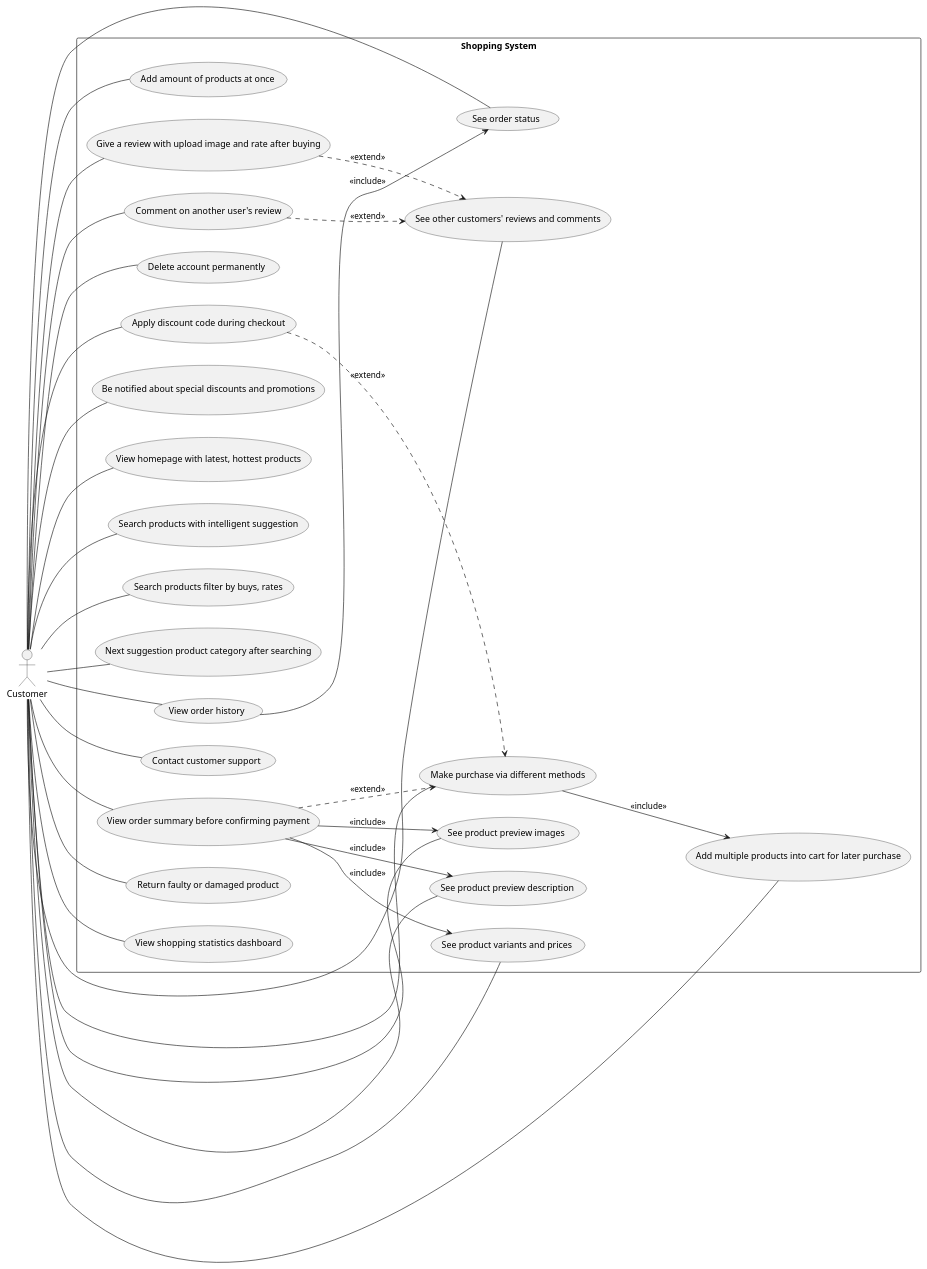
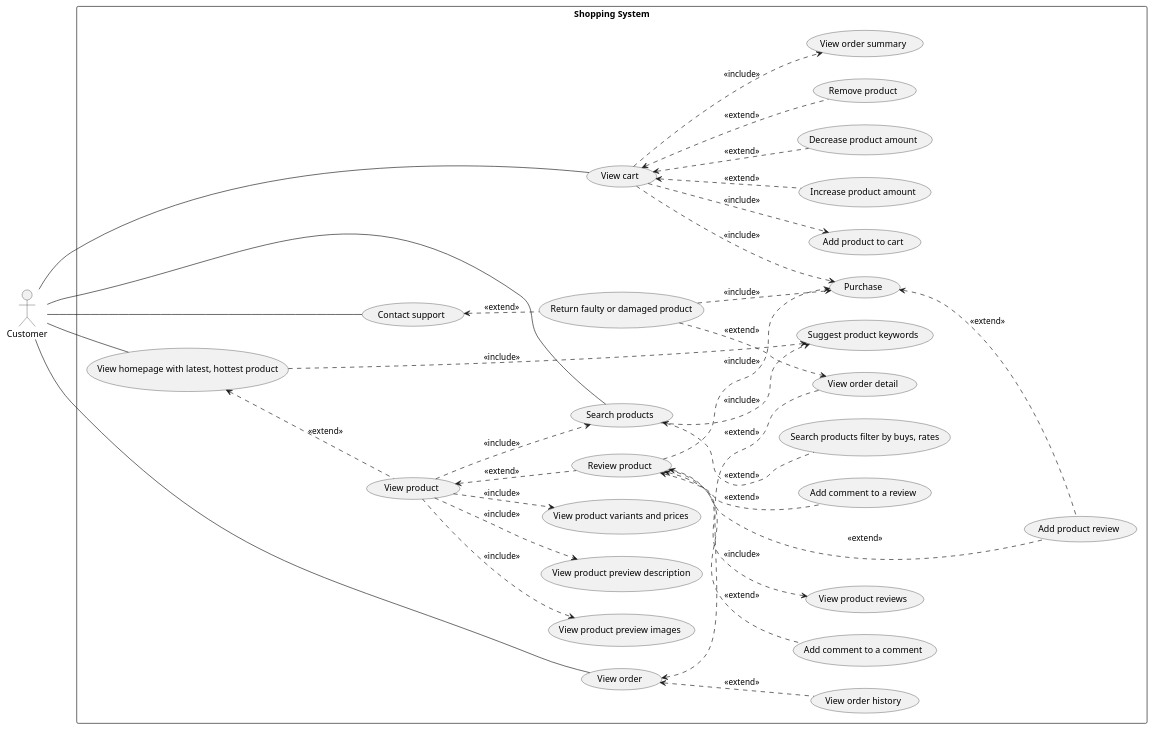
Before and after one commit to electricilies/electricilies.github.io: the diagram in docs/docs/usecase/customer.md, drawn with PlantUML. The commit also changed 1 other file, not shown here.

````diff
--- a/docs/docs/usecase/customer.md
+++ b/docs/docs/usecase/customer.md
@@ -3,66 +3,69 @@
 ```plantuml
 @startuml
 left to right direction
 actor Customer
 
 rectangle "Shopping System" {
-  usecase UC01 as "View homepage with latest, hottest products"
-  usecase UC02 as "Search products with intelligent suggestion"
+  usecase UC01 as "View homepage with latest, hottest product"
+  usecase UC02 as "Search products"
   usecase UC03 as "Search products filter by buys, rates"
-  usecase UC04 as "Next suggestion product category after searching"
-  usecase UC05 as "See product preview images"
-  usecase UC06 as "See product preview description"
-  usecase UC07 as "See product variants and prices"
-  usecase UC08 as "See other customers' reviews and comments"
-  usecase UC09 as "View order history"
-  usecase UC10 as "Make purchase via different methods"
-  usecase UC11 as "Contact customer support"
-  usecase UC12 as "View order summary before confirming payment"
-  usecase UC13 as "Return faulty or damaged product"
-  usecase UC14 as "View shopping statistics dashboard"
-  usecase UC15 as "Add amount of products at once"
-  usecase UC16 as "Add multiple products into cart for later purchase"
-  usecase UC17 as "Give a review with upload image and rate after buying"
-  usecase UC18 as "Comment on another user's review"
-  usecase UC19 as "See order status"
-  usecase UC20 as "Delete account permanently"
-  usecase UC21 as "Apply discount code during checkout"
-  usecase UC22 as "Be notified about special discounts and promotions"
+  usecase UC04 as "Suggest product keywords"
+  usecase UC05 as "View product"
+  usecase UC06 as "View product preview images"
+  usecase UC07 as "View product preview description"
+  usecase UC08 as "View product variants and prices"
+  usecase UC09 as "Review product"
+  usecase UC10 as "View product reviews"
+  usecase UC11 as "Add product review"
+  usecase UC12 as "Add comment to a review"
+  usecase UC13 as "Add comment to a comment"
+  usecase UC14 as "Add product to cart"
+  usecase UC15 as "View cart"
+  usecase UC16 as "Increase product amount"
+  usecase UC17 as "Decrease product amount"
+  usecase UC18 as "Remove product"
+  usecase UC19 as "View order summary"
+  usecase UC20 as "Purchase"
+  usecase UC21 as "View order"
+  usecase UC22 as "View order history"
+  usecase UC23 as "View order detail"
+  usecase UC24 as "Contact support"
+  usecase UC25 as "Return faulty or damaged product"
 }
 
 Customer -- UC01
 Customer -- UC02
-Customer -- UC03
-Customer -- UC04
-Customer -- UC05
-Customer -- UC06
-Customer -- UC07
-Customer -- UC08
-Customer -- UC09
-Customer -- UC10
-Customer -- UC11
-Customer -- UC12
-Customer -- UC13
-Customer -- UC14
 Customer -- UC15
-Customer -- UC16
-Customer -- UC17
-Customer -- UC18
-Customer -- UC19
-Customer -- UC20
 Customer -- UC21
-Customer -- UC22
+Customer -- UC24
 
-UC12 ..> UC10 : <<extend>>
-UC17 ..> UC08 : <<extend>>
-UC18 ..> UC08 : <<extend>>
-UC21 ..> UC10 : <<extend>>
 
-UC12 --> UC05 : <<include>>
-UC12 --> UC06 : <<include>>
-UC12 --> UC07 : <<include>>
-UC10 --> UC16 : <<include>>
-UC09 --> UC19 : <<include>>
+UC01 ..> UC04 : <<include>>
+UC01 <.. UC05 : <<extend>>
+UC02 ..> UC04 : <<include>>
+UC02 <.. UC03 : <<extend>>
+UC05 ..> UC02 : <<include>>
+UC05 ..> UC06 : <<include>>
+UC05 ..> UC07 : <<include>>
+UC05 ..> UC08 : <<include>>
+UC05 <.. UC09 : <<extend>>
+UC09 ..> UC10 : <<include>>
+UC09 ..> UC20 : <<include>>
+UC09 <.. UC11 : <<extend>>
+UC09 <.. UC12 : <<extend>>
+UC09 <.. UC13 : <<extend>>
+UC15 ..> UC14 : <<include>>
+UC15 ..> UC19 : <<include>>
+UC15 ..> UC20 : <<include>>
+UC15 <.. UC16 : <<extend>>
+UC15 <.. UC17 : <<extend>>
+UC15 <.. UC18 : <<extend>>
+UC20 <.. UC11 : <<extend>>
+UC21 <.. UC22 : <<extend>>
+UC21 <.. UC23 : <<extend>>
+UC24 <.. UC25 : <<extend>>
+UC25 ..> UC20 : <<include>>
+UC25 ..> UC23 : <<extend>>
 
 @enduml
 ```
````
